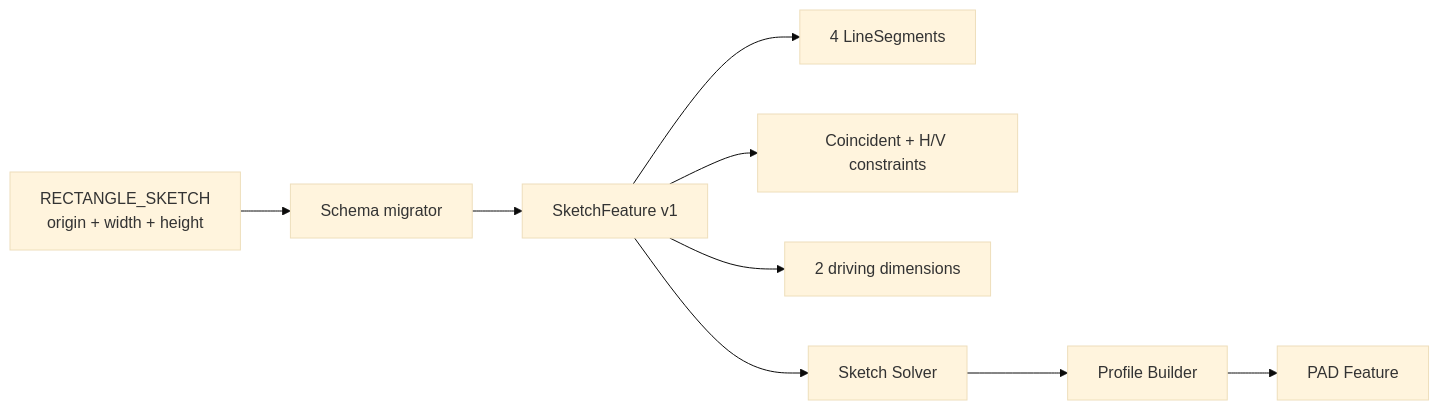
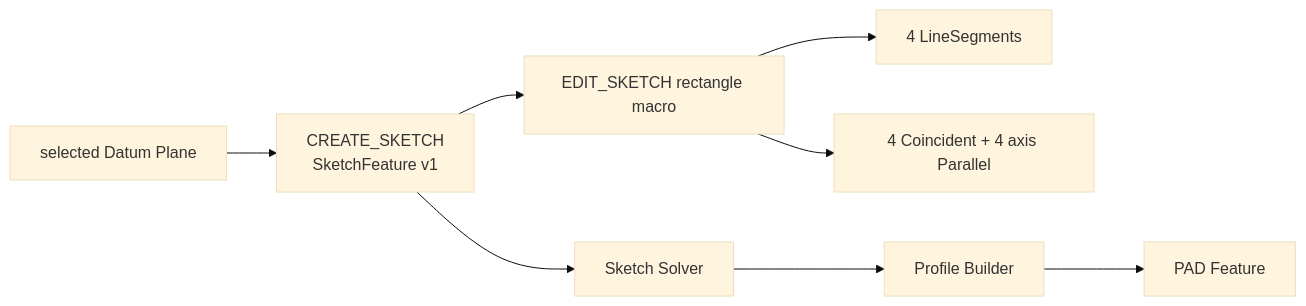
One commit to cossoledad/occccad changed diagram 14 of 50 in docs/TARGET_ARCHITECTURE.md. Above: the diagram before and after it, drawn with Mermaid (base theme). The commit also changed other lines of this file and 40 other files, not shown here.

````diff
--- a/docs/TARGET_ARCHITECTURE.md
+++ b/docs/TARGET_ARCHITECTURE.md
@@ -1057,11 +1057,10 @@
 ```mermaid
 flowchart LR
-    Legacy["RECTANGLE_SKETCH<br/>origin + width + height"] --> Migrator["Schema migrator"]
-    Migrator --> Sketch["SketchFeature v1"]
-    Sketch --> E["4 LineSegments"]
-    Sketch --> C["Coincident + H/V constraints"]
-    Sketch --> D["2 driving dimensions"]
+    Plane["selected Datum Plane"] --> Sketch["CREATE_SKETCH<br/>SketchFeature v1"]
+    Sketch --> Macro["EDIT_SKETCH rectangle macro"]
+    Macro --> E["4 LineSegments"]
+    Macro --> C["4 Coincident + 4 axis Parallel"]
     Sketch --> Solver["Sketch Solver"]
     Solver --> Profile["Profile Builder"]
     Profile --> Pad["PAD Feature"]
 ```
````
